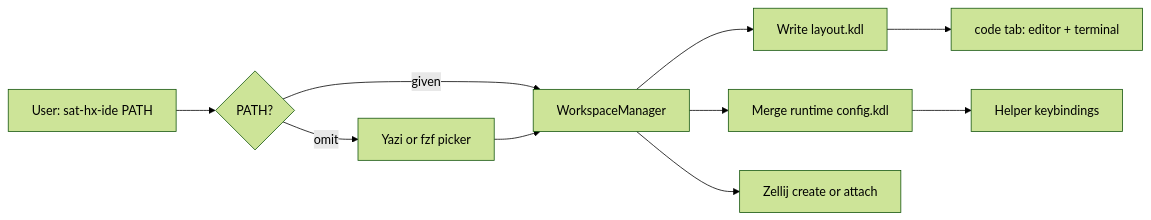
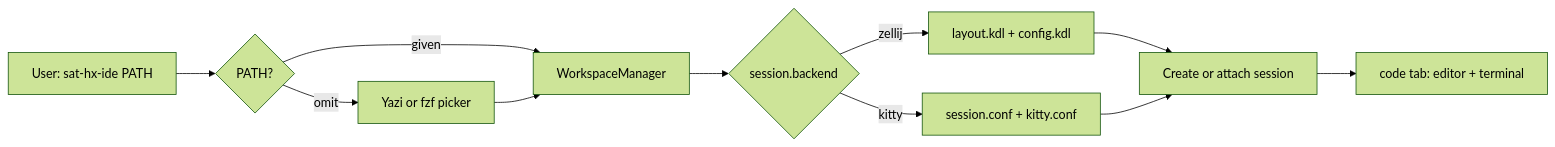
The diagram in docs/architecture.md (vlevasseur073/sat-helix-ide), drawn with Mermaid (forest theme) before and after one commit. The commit also changed other lines of this file and 10 other files, not shown here.

````diff
--- a/docs/architecture.md
+++ b/docs/architecture.md
@@ -9,12 +14,13 @@
 ```mermaid
 flowchart LR
     user[User: sat-hx-ide PATH] --> path{PATH?}
     path -->|omit| picker[Yazi or fzf picker]
     path -->|given| wm[WorkspaceManager]
     picker --> wm
-    wm --> layout[Write layout.kdl]
-    wm --> kdl[Merge runtime config.kdl]
-    wm --> zellij[Zellij create or attach]
-    layout --> codeTab[code tab: editor + terminal]
-    kdl --> bindings[Helper keybindings]
+    wm --> backend{session.backend}
+    backend -->|zellij| zfiles[layout.kdl + config.kdl]
+    backend -->|kitty| kfiles[session.conf + kitty.conf]
+    zfiles --> shell[Create or attach session]
+    kfiles --> shell
+    shell --> codeTab[code tab: editor + terminal]
 ```
````
